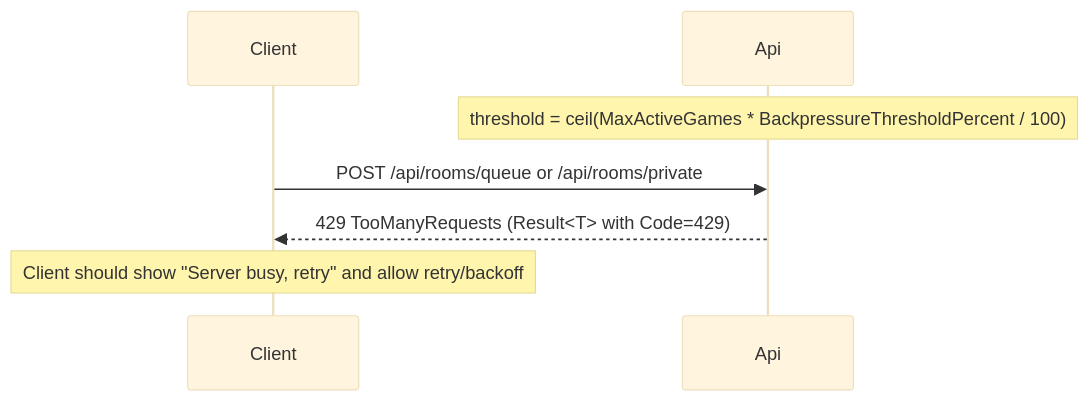
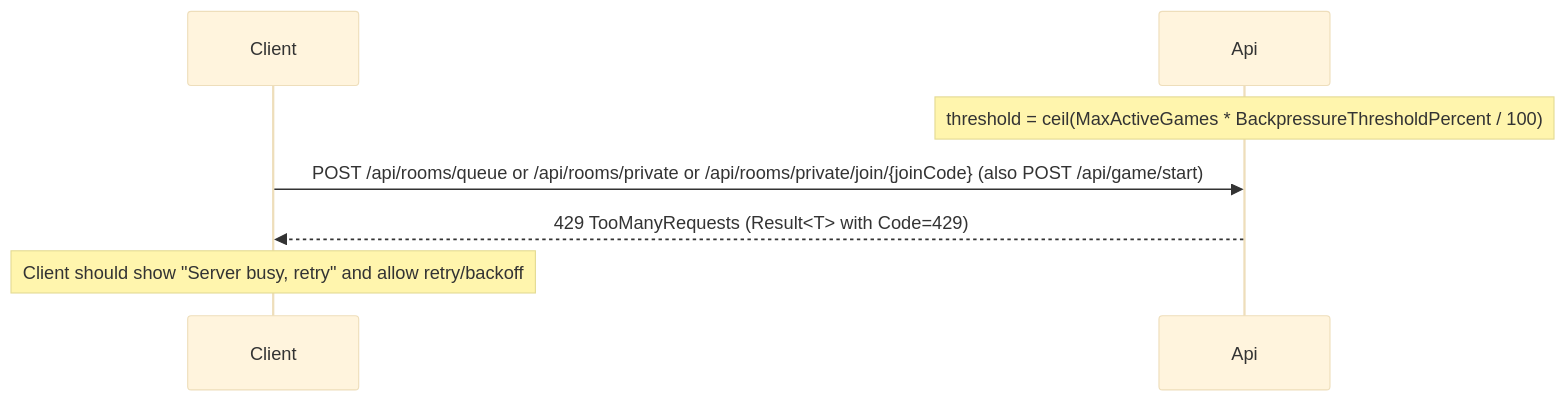
One commit to NetCoreParty/ultimate-tic-tac-toe-back changed the sixth of 6 diagrams in docs/USER_FLOWS.md. Above: the diagram before and after it, drawn with Mermaid (base theme). The commit also changed other lines of this file and 5 other files, not shown here.

````diff
--- a/docs/USER_FLOWS.md
+++ b/docs/USER_FLOWS.md
@@ -115,10 +119,10 @@
 ```mermaid
 sequenceDiagram
   participant Client
   participant Api
 
   Note over Api: threshold = ceil(MaxActiveGames * BackpressureThresholdPercent / 100)
-  Client->>Api: POST /api/rooms/queue or /api/rooms/private
+  Client->>Api: POST /api/rooms/queue or /api/rooms/private or /api/rooms/private/join/{joinCode} (also POST /api/game/start)
   Api-->>Client: 429 TooManyRequests (Result<T> with Code=429)
   Note over Client: Client should show "Server busy, retry" and allow retry/backoff
 ```
````
